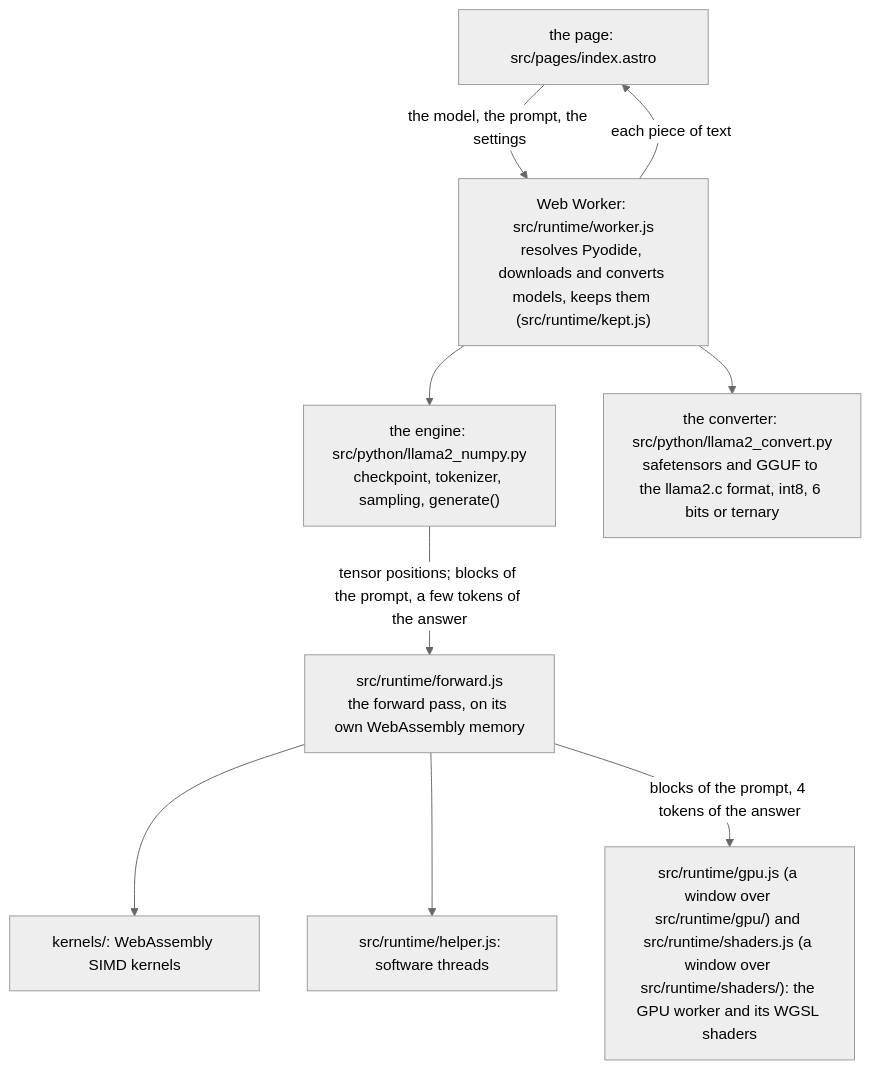
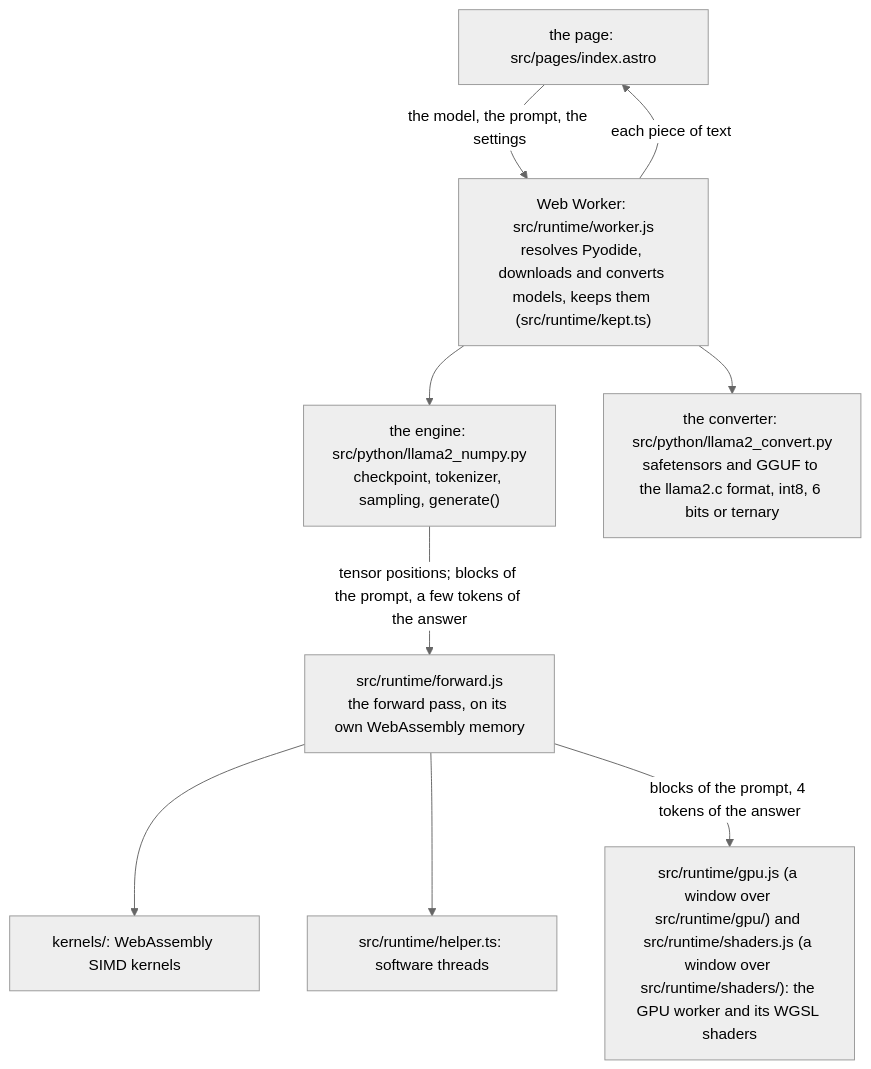
One commit to takano32/pyodide-llm changed the diagram in docs/architecture.md. Above: the diagram before and after it, drawn with Mermaid (neutral theme). The commit also changed other lines of this file and 4 other files, not shown here.

````diff
--- a/docs/architecture.md
+++ b/docs/architecture.md
@@ -8,19 +8,19 @@
 ```mermaid
 flowchart TD
   page["the page: src/pages/index.astro"]
-  worker["Web Worker: src/runtime/worker.js<br/>resolves Pyodide, downloads and converts models, keeps them (src/runtime/kept.js)"]
+  worker["Web Worker: src/runtime/worker.js<br/>resolves Pyodide, downloads and converts models, keeps them (src/runtime/kept.ts)"]
   engine["the engine: src/python/llama2_numpy.py<br/>checkpoint, tokenizer, sampling, generate()"]
   convert["the converter: src/python/llama2_convert.py<br/>safetensors and GGUF to the llama2.c format, int8, 6 bits or ternary"]
   forward["src/runtime/forward.js<br/>the forward pass, on its own WebAssembly memory"]
   kernels["kernels/: WebAssembly SIMD kernels"]
-  helper["src/runtime/helper.js: software threads"]
+  helper["src/runtime/helper.ts: software threads"]
   gpu["src/runtime/gpu.js (a window over src/runtime/gpu/) and src/runtime/shaders.js (a window over src/runtime/shaders/): the GPU worker and its WGSL shaders"]
   page -- "the model, the prompt, the settings" --> worker
   worker -- "each piece of text" --> page
   worker --> engine
   worker --> convert
   engine -- "tensor positions; blocks of the prompt, a few tokens of the answer" --> forward
   forward --> kernels
   forward --> helper
   forward -- "blocks of the prompt, 4 tokens of the answer" --> gpu
 ```
````
